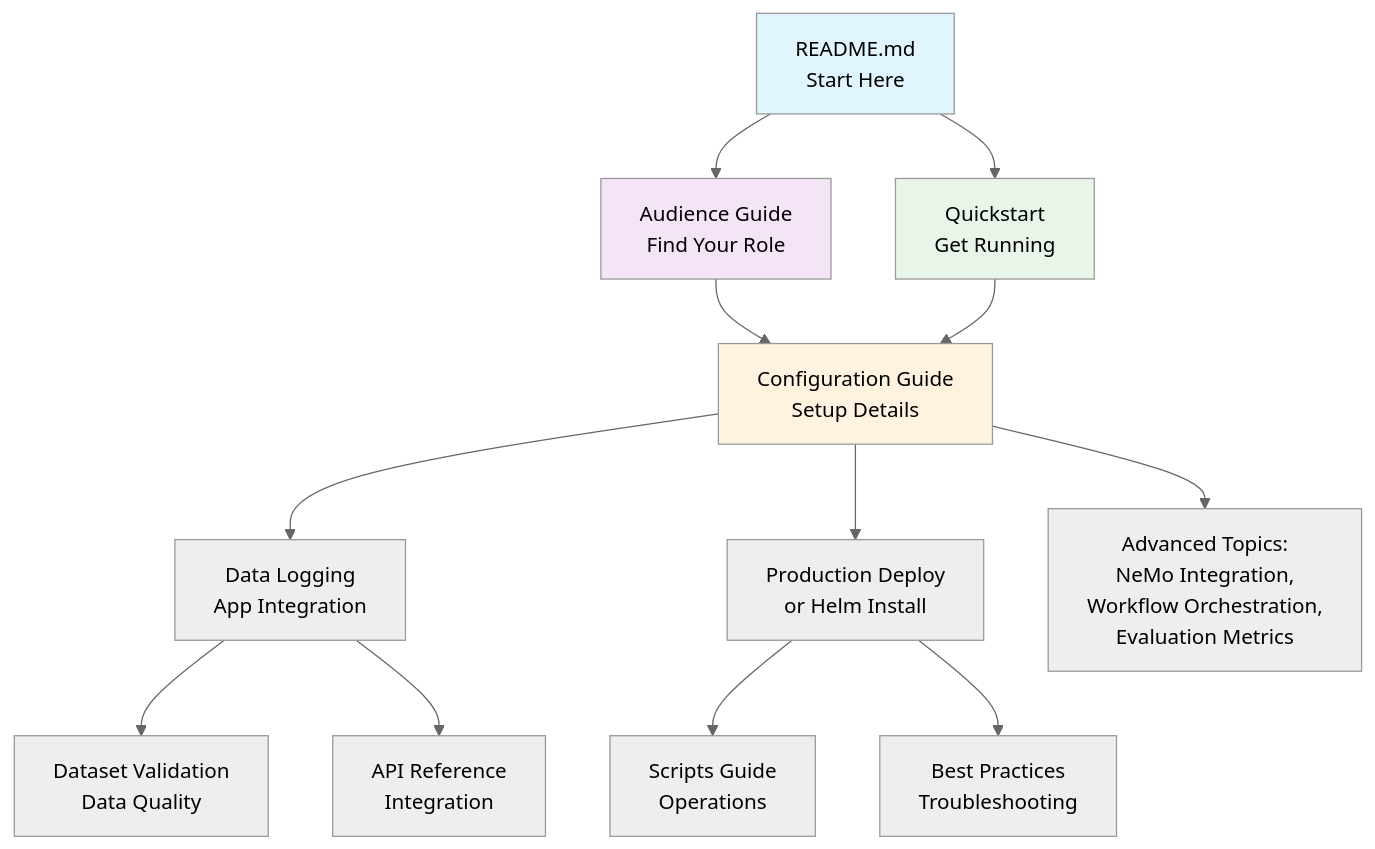
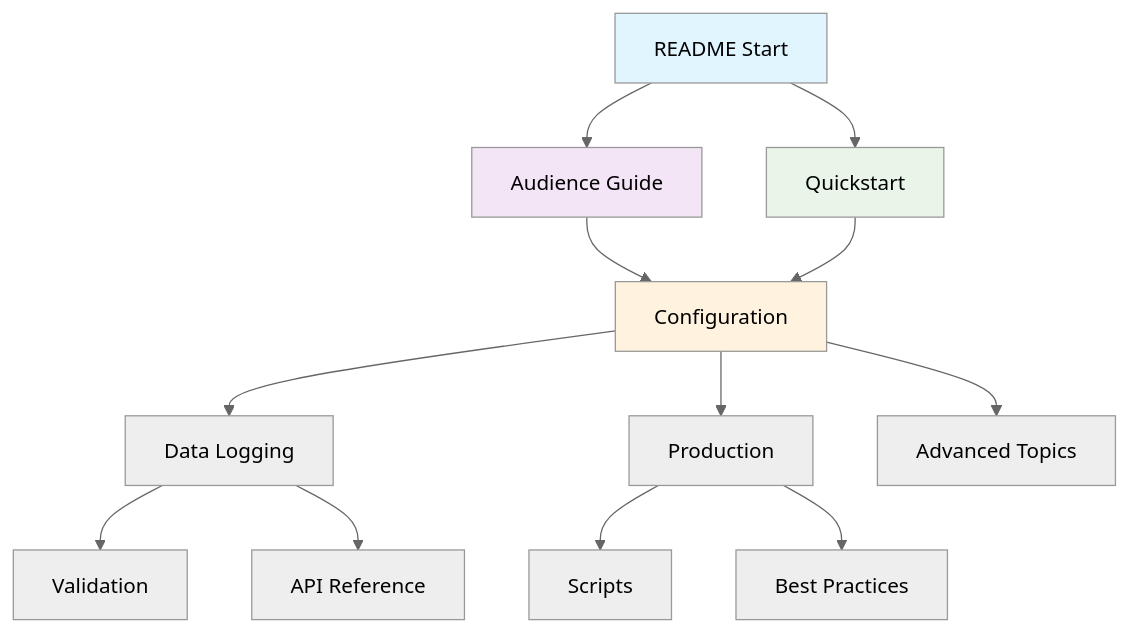
The diagram in docs/readme.md (bp-cicd-org/ai-model-distillation-for-financial-data), drawn with Mermaid (neutral theme) before and after one commit. The commit also changed other lines of this file and 4 other files, not shown here.

````diff
--- a/docs/readme.md
+++ b/docs/readme.md
@@ -121,24 +142,19 @@
 ```mermaid
 graph TD
-    A[README.md<br/>Start Here] --> B[Audience Guide<br/>Find Your Role]
-    A --> C[Quickstart<br/>Get Running]
-    
-    B --> D[Configuration Guide<br/>Setup Details]
+    A[README Start] --> B[Audience Guide]
+    A --> C[Quickstart]
+    B --> D[Configuration]
     C --> D
-    
-    D --> E[Data Logging<br/>App Integration]
-    D --> F[Production Deploy<br/>or Helm Install]
-    
-    E --> G[Dataset Validation<br/>Data Quality]
-    E --> H[API Reference<br/>Integration]
-    
-    F --> I[Scripts Guide<br/>Operations]
-    F --> J[Best Practices<br/>Troubleshooting]
-    
-    D --> K[Advanced Topics:<br/>NeMo Integration,<br/>Workflow Orchestration,<br/>Evaluation Metrics]
+    D --> E[Data Logging]
+    D --> F[Production]
+    E --> G[Validation]
+    E --> H[API Reference]
+    F --> I[Scripts]
+    F --> J[Best Practices]
+    D --> K[Advanced Topics]
     
     style A fill:#e1f5fe
     style B fill:#f3e5f5
     style C fill:#e8f5e8
     style D fill:#fff3e0
 ```
````
